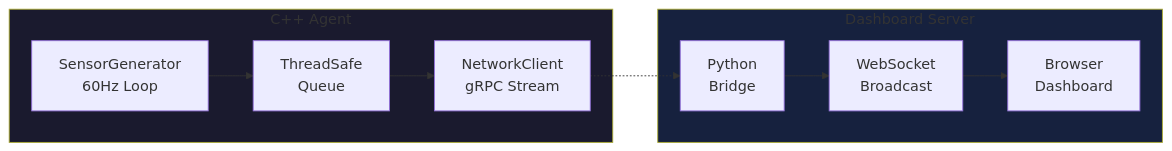
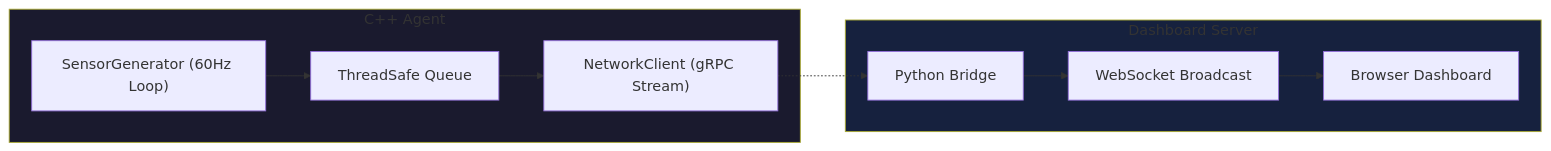
The diagram in README.md (rajeev-chaurasia/omni-stream), drawn with Mermaid before and after one commit. The commit also changed other lines of this file, not shown here.

Commit message:
Refine flowchart labels and remove license
Updated flowchart labels for clarity and removed license section.

````diff
--- a/README.md
+++ b/README.md
@@ -7,17 +7,17 @@
 ```mermaid
 flowchart LR
     subgraph agent["C++ Agent"]
-        SG["SensorGenerator\n60Hz Loop"] --> Q["ThreadSafe\nQueue"]
-        Q --> NC["NetworkClient\ngRPC Stream"]
+        SG["SensorGenerator (60Hz Loop)"] --> Q["ThreadSafe Queue"]
+        Q --> NC["NetworkClient (gRPC Stream)"]
     end
     
     subgraph dashboard["Dashboard Server"]
-        PY["Python\nBridge"] --> WS["WebSocket\nBroadcast"]
-        WS --> BR["Browser\nDashboard"]
+        PY["Python Bridge"] --> WS["WebSocket Broadcast"]
+        WS --> BR["Browser Dashboard"]
     end
     
     NC -.-> PY
     
     style agent fill:#1a1a2e
     style dashboard fill:#16213e
 ```
````
